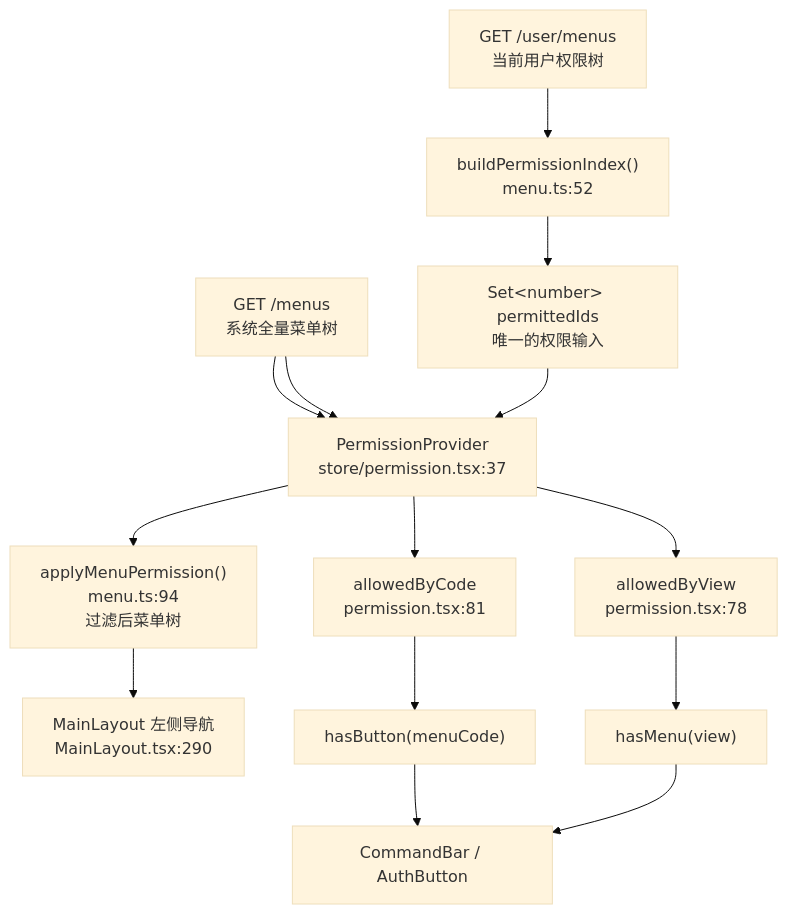
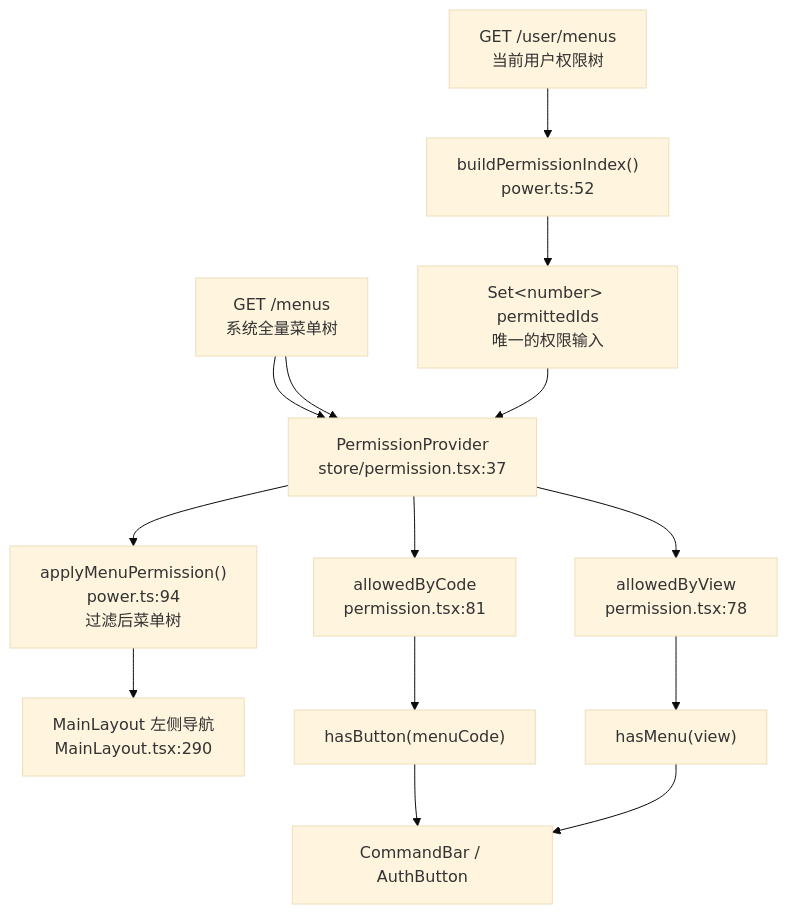
One commit to kinwyb/bodaApp changed the diagram in docs/权限模块代码路径.md. Above: the diagram before and after it, drawn with Mermaid (base theme). The commit also changed other lines of this file and 10 other files, not shown here.

````diff
--- a/docs/权限模块代码路径.md
+++ b/docs/权限模块代码路径.md
@@ -63,16 +63,16 @@
 ```mermaid
 flowchart TD
     A["GET /menus<br/>系统全量菜单树"] --> P
-    B["GET /user/menus<br/>当前用户权限树"] --> I["buildPermissionIndex()<br/>menu.ts:52"]
+    B["GET /user/menus<br/>当前用户权限树"] --> I["buildPermissionIndex()<br/>power.ts:52"]
     I --> S["Set&lt;number&gt; permittedIds<br/>唯一的权限输入"]
     A --> P["PermissionProvider<br/>store/permission.tsx:37"]
     S --> P
-    P --> M["applyMenuPermission()<br/>menu.ts:94<br/>过滤后菜单树"]
+    P --> M["applyMenuPermission()<br/>power.ts:94<br/>过滤后菜单树"]
     P --> C["allowedByCode<br/>permission.tsx:81"]
     P --> V["allowedByView<br/>permission.tsx:78"]
     M --> L["MainLayout 左侧导航<br/>MainLayout.tsx:290"]
     C --> HB["hasButton(menuCode)"]
     V --> HM["hasMenu(view)"]
     HB --> CB["CommandBar / AuthButton"]
     HM --> CB
 ```
````
